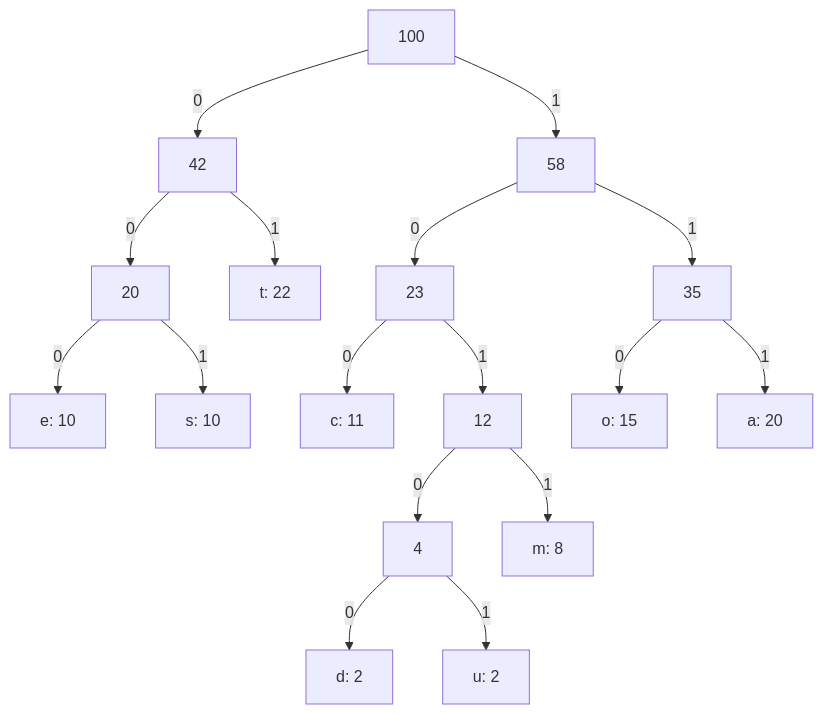
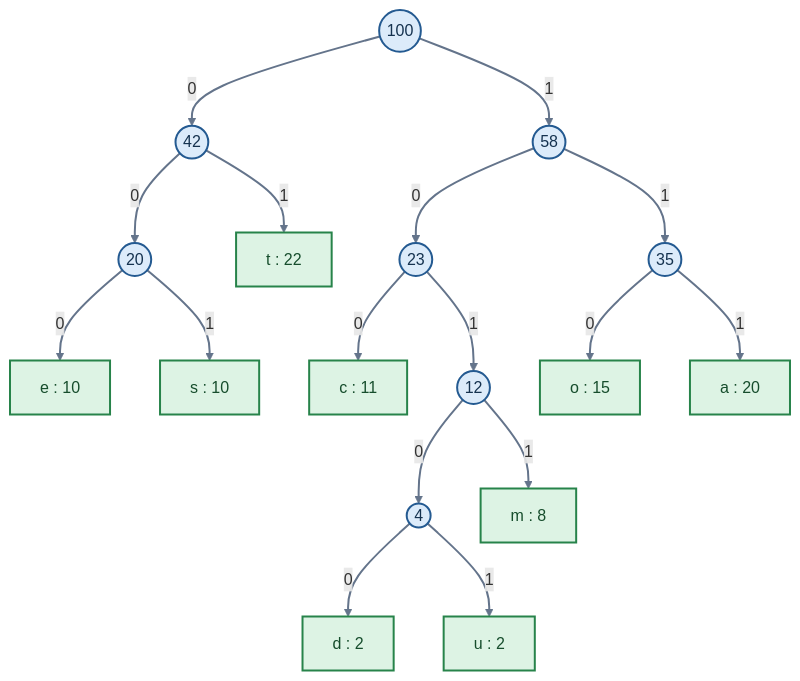
Before and after one commit to AmanRaj1206/DAA-LAB-CSE-204: the diagram in Exp-08/Problem solution.md, drawn with Mermaid. The commit also changed other lines of this file, not shown here.

````diff
--- a/Exp-08/Problem solution.md
+++ b/Exp-08/Problem solution.md
@@ -21,19 +48,36 @@
 ```mermaid
 flowchart TD
-    N100["100"] -->|0| N42["42"]
-    N100 -->|1| N58["58"]
-    N42 -->|0| N20["20"]
-    N42 -->|1| T22["t: 22"]
-    N20 -->|0| E10["e: 10"]
-    N20 -->|1| S10["s: 10"]
-    N58 -->|0| N23["23"]
-    N58 -->|1| N35["35"]
-    N23 -->|0| C11["c: 11"]
-    N23 -->|1| N12["12"]
-    N12 -->|0| N4["4"]
-    N12 -->|1| M8["m: 8"]
-    N4 -->|0| D2["d: 2"]
-    N4 -->|1| U2["u: 2"]
-    N35 -->|0| O15["o: 15"]
-    N35 -->|1| A20["a: 20"]
+    R(("100"))
+
+    R -->|0| N42(("42"))
+    R -->|1| N58(("58"))
+
+    N42 -->|0| N20(("20"))
+    N42 -->|1| T["t : 22"]
+
+    N20 -->|0| E["e : 10"]
+    N20 -->|1| S["s : 10"]
+
+    N58 -->|0| N23(("23"))
+    N58 -->|1| N35(("35"))
+
+    N23 -->|0| C["c : 11"]
+    N23 -->|1| N12(("12"))
+
+    N12 -->|0| N4(("4"))
+    N12 -->|1| M["m : 8"]
+
+    N4 -->|0| D["d : 2"]
+    N4 -->|1| U["u : 2"]
+
+    N35 -->|0| O["o : 15"]
+    N35 -->|1| A["a : 20"]
+
+    classDef internal fill:#DCEBFA,stroke:#245A91,stroke-width:2px,color:#15324F;
+    classDef leaf fill:#DDF3E4,stroke:#27834A,stroke-width:2px,color:#164D2C;
+
+    class R,N42,N58,N20,N23,N12,N4,N35 internal;
+    class T,E,S,C,M,D,U,O,A leaf;
+
+    linkStyle default stroke:#64748B,stroke-width:2px;
 ```
````
